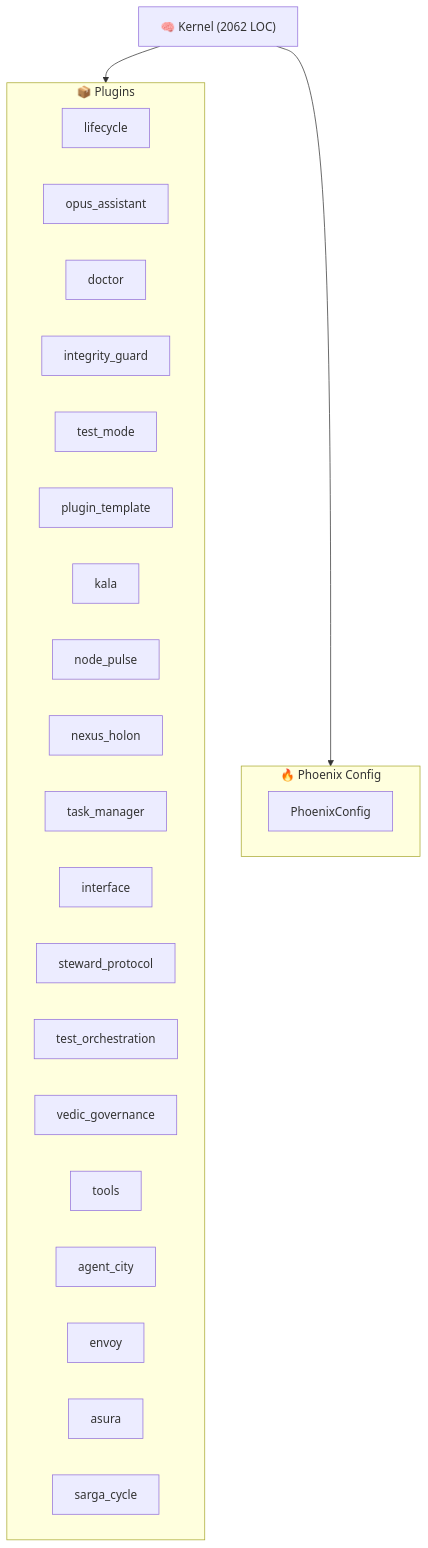
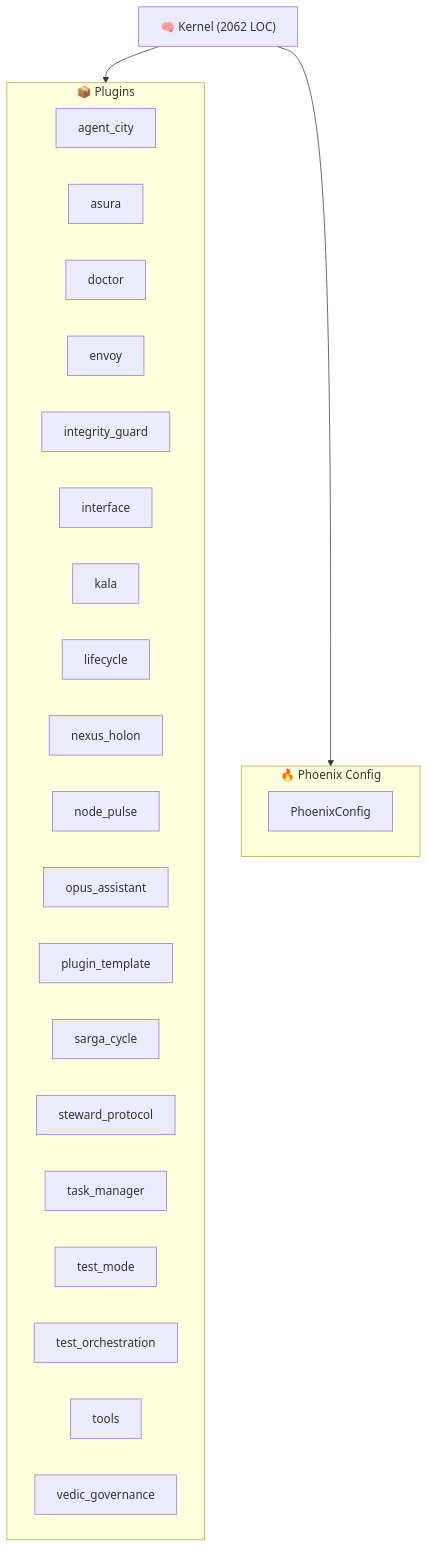
The diagram in ARCHITECTURE.md (kimeisele/steward-protocol), drawn with Mermaid before and after one commit. The commit also changed other lines of this file and 16 other files, not shown here.

````diff
--- a/ARCHITECTURE.md
+++ b/ARCHITECTURE.md
@@ -8,30 +8,30 @@
 ```mermaid
 graph TB
     K["🧠 Kernel (2062 LOC)"]
     subgraph Plugins["📦 Plugins"]
+        P_agent_city["agent_city"]
+        P_asura["asura"]
+        P_doctor["doctor"]
+        P_envoy["envoy"]
+        P_integrity_guard["integrity_guard"]
+        P_interface["interface"]
+        P_kala["kala"]
         P_lifecycle["lifecycle"]
+        P_nexus_holon["nexus_holon"]
+        P_node_pulse["node_pulse"]
         P_opus_assistant["opus_assistant"]
-        P_doctor["doctor"]
-        P_integrity_guard["integrity_guard"]
+        P_plugin_template["plugin_template"]
+        P_sarga_cycle["sarga_cycle"]
+        P_steward_protocol["steward_protocol"]
+        P_task_manager["task_manager"]
         P_test_mode["test_mode"]
-        P_plugin_template["plugin_template"]
-        P_kala["kala"]
-        P_node_pulse["node_pulse"]
-        P_nexus_holon["nexus_holon"]
-        P_task_manager["task_manager"]
-        P_interface["interface"]
-        P_steward_protocol["steward_protocol"]
         P_test_orchestration["test_orchestration"]
+        P_tools["tools"]
         P_vedic_governance["vedic_governance"]
-        P_tools["tools"]
-        P_agent_city["agent_city"]
-        P_envoy["envoy"]
-        P_asura["asura"]
-        P_sarga_cycle["sarga_cycle"]
     end
     K --> Plugins
     subgraph Config["🔥 Phoenix Config"]
         PC[PhoenixConfig]
     end
     K --> Config
 ```
````
